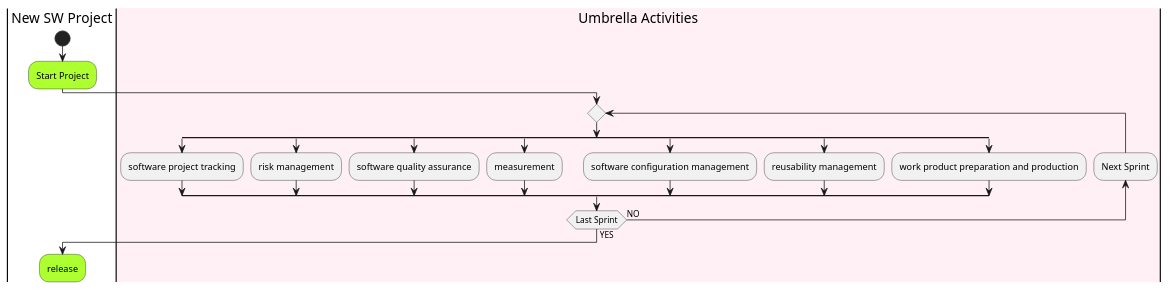
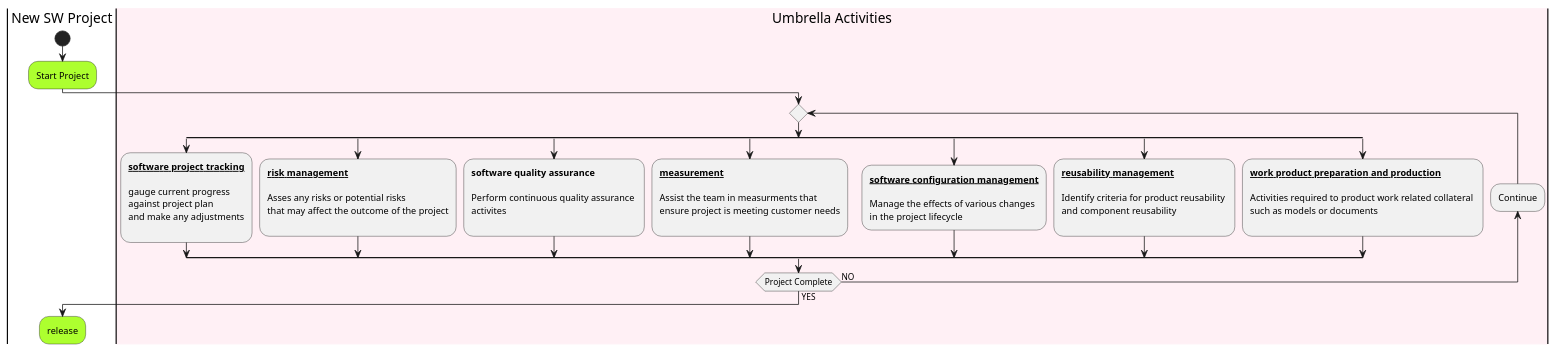
Before and after one commit to KPZNet/CSC505: the diagram in M1/Umbrella.puml, drawn with PlantUML. The commit also changed 2 other files, not shown here.

```diff
--- a/M1/Umbrella.puml
+++ b/M1/Umbrella.puml
@@ -2,32 +2,60 @@
 @startuml UmbrellaActivities
 |New SW Project|
 
 start
 
 #GreenYellow:Start Project;
 
 |#LavenderBlush|Umbrella Activities|
 repeat
 
 split
-  :software project tracking;
+  :**__software project tracking__**
+
+  gauge current progress
+  against project plan
+  and make any adjustments
+  ;
 split again
-  :risk management;
+  :**__risk management__**
+
+  Asses any risks or potential risks
+  that may affect the outcome of the project
+  ;
 split again
-  :software quality assurance;
+  :**software quality assurance**
+  
+  Perform continuous quality assurance 
+  activites
+  ;
 split again
-  :measurement;
+  :**__measurement__**
+  
+  Assist the team in measurments that
+  ensure project is meeting customer needs
+  ;
 split again
-  :software configuration management;
+  :**__software configuration management__**
+
+  Manage the effects of various changes
+  in the project lifecycle;
 split again
-  :reusability management;
+  :**__reusability management__**
+
+  Identify criteria for product reusability 
+  and component reusability
+  ;
 split again
-  :work product preparation and production;
+  :**__work product preparation and production__**
+
+  Activities required to product work related collateral 
+  such as models or documents
+  ;
 end split;
-backward :Next Sprint;
-repeatwhile (Last Sprint) is (NO) not (YES)
+backward :Continue;
+repeatwhile (Project Complete) is (NO) not (YES)
 |New SW Project|
 
 #GreenYellow:release;
 
 @enduml
```
